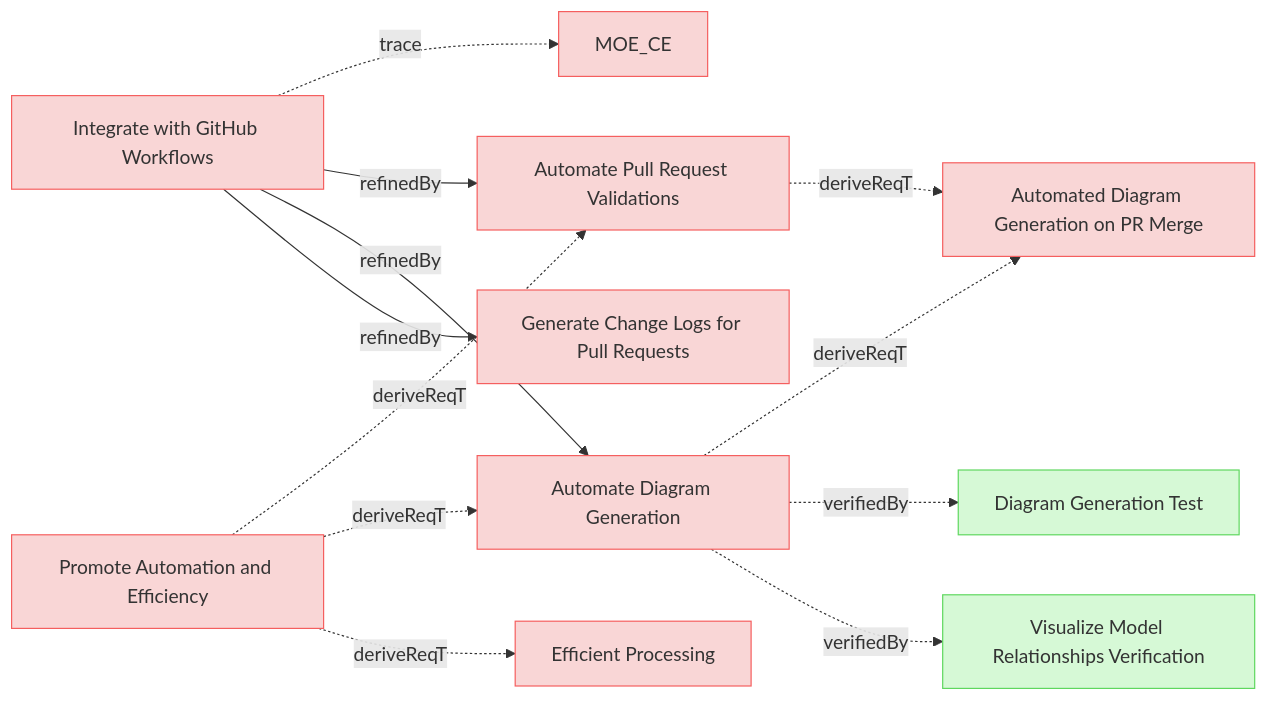
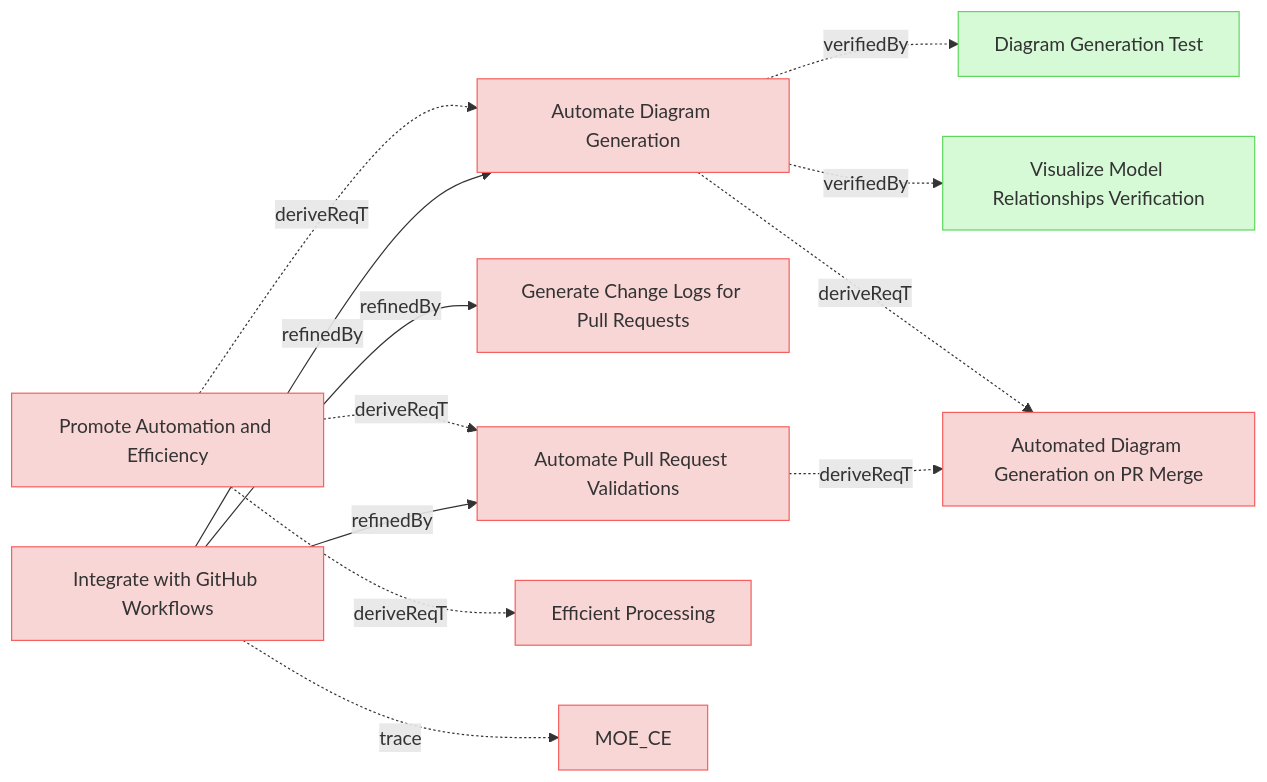
The fourth of 9 diagrams in specifications/UserRequirements.md (reqvire-org/reqvire), drawn with Mermaid before and after one commit. The commit also changed other lines of this file and 18 other files, not shown here.

Commit message:
Updated diagrams

````diff
--- a/specifications/UserRequirements.md
+++ b/specifications/UserRequirements.md
@@ -529,51 +537,51 @@
 ```mermaid
 graph LR;
   %% REQVIRE-AUTOGENERATED-DIAGRAM
   %% Graph styling
   classDef requirement fill:#f9d6d6,stroke:#f55f5f,stroke-width:1px;
   classDef verification fill:#d6f9d6,stroke:#5fd75f,stroke-width:1px;
   classDef externalLink fill:#d0e0ff,stroke:#3080ff,stroke-width:1px;
   classDef default fill:#f5f5f5,stroke:#333333,stroke-width:1px;
 
-  15f2f511b2399406["Automate Pull Request Validations"];
-  class 15f2f511b2399406 requirement;
-  click 15f2f511b2399406 "UserRequirements.md#automate-pull-request-validations";
-  3e3df7ad427a88fa["Automated Diagram Generation on PR Merge"];
-  class 3e3df7ad427a88fa requirement;
-  click 3e3df7ad427a88fa "SystemRequirements/Requirements.md#automated-diagram-generation-on-pr-merge";
-  15f2f511b2399406 -.->|deriveReqT| 3e3df7ad427a88fa;
   98a581084d5542fa["Automate Diagram Generation"];
   class 98a581084d5542fa requirement;
   click 98a581084d5542fa "UserRequirements.md#automate-diagram-generation";
-  98a581084d5542fa -.->|deriveReqT| 3e3df7ad427a88fa;
   2d2cf67bb8070da8["Diagram Generation Test"];
   class 2d2cf67bb8070da8 verification;
   click 2d2cf67bb8070da8 "Verifications/DiagramsTests.md#diagram-generation-test";
   98a581084d5542fa -.->|verifiedBy| 2d2cf67bb8070da8;
   de8ab093f22a5cd7["Visualize Model Relationships Verification"];
   class de8ab093f22a5cd7 verification;
   click de8ab093f22a5cd7 "Verifications/DiagramsTests.md#visualize-model-relationships-verification";
   98a581084d5542fa -.->|verifiedBy| de8ab093f22a5cd7;
+  3e3df7ad427a88fa["Automated Diagram Generation on PR Merge"];
+  class 3e3df7ad427a88fa requirement;
+  click 3e3df7ad427a88fa "SystemRequirements/Requirements.md#automated-diagram-generation-on-pr-merge";
+  98a581084d5542fa -.->|deriveReqT| 3e3df7ad427a88fa;
   672b444a568468b8["Generate Change Logs for Pull Requests"];
   class 672b444a568468b8 requirement;
   click 672b444a568468b8 "UserRequirements.md#generate-change-logs-for-pull-requests";
+  15f2f511b2399406["Automate Pull Request Validations"];
+  class 15f2f511b2399406 requirement;
+  click 15f2f511b2399406 "UserRequirements.md#automate-pull-request-validations";
+  15f2f511b2399406 -.->|deriveReqT| 3e3df7ad427a88fa;
+  80166c5161b33956["Promote Automation and Efficiency"];
+  class 80166c5161b33956 requirement;
+  click 80166c5161b33956 "MissionRequirements.md#promote-automation-and-efficiency";
+  80166c5161b33956 -.->|deriveReqT| 98a581084d5542fa;
+  d193d11c43776bec["Efficient Processing"];
+  class d193d11c43776bec requirement;
+  click d193d11c43776bec "ManagingMbseModelsRequirements.md#efficient-processing";
+  80166c5161b33956 -.->|deriveReqT| d193d11c43776bec;
+  80166c5161b33956 -.->|deriveReqT| 15f2f511b2399406;
   98eaeddc27f99e11["Integrate with GitHub Workflows"];
   class 98eaeddc27f99e11 requirement;
   click 98eaeddc27f99e11 "UserStories.md#integrate-with-github-workflows";
   e9ad540a6411a0fc["MOE_CE"];
   class e9ad540a6411a0fc requirement;
   click e9ad540a6411a0fc "MOEs.md#moe_ce";
   98eaeddc27f99e11 -.->|trace| e9ad540a6411a0fc;
-  98eaeddc27f99e11 -->|refinedBy| 15f2f511b2399406;
   98eaeddc27f99e11 -->|refinedBy| 98a581084d5542fa;
   98eaeddc27f99e11 -->|refinedBy| 672b444a568468b8;
-  80166c5161b33956["Promote Automation and Efficiency"];
-  class 80166c5161b33956 requirement;
-  click 80166c5161b33956 "MissionRequirements.md#promote-automation-and-efficiency";
-  80166c5161b33956 -.->|deriveReqT| 15f2f511b2399406;
-  80166c5161b33956 -.->|deriveReqT| 98a581084d5542fa;
-  d193d11c43776bec["Efficient Processing"];
-  class d193d11c43776bec requirement;
-  click d193d11c43776bec "ManagingMbseModelsRequirements.md#efficient-processing";
-  80166c5161b33956 -.->|deriveReqT| d193d11c43776bec;
+  98eaeddc27f99e11 -->|refinedBy| 15f2f511b2399406;
 ```
````
